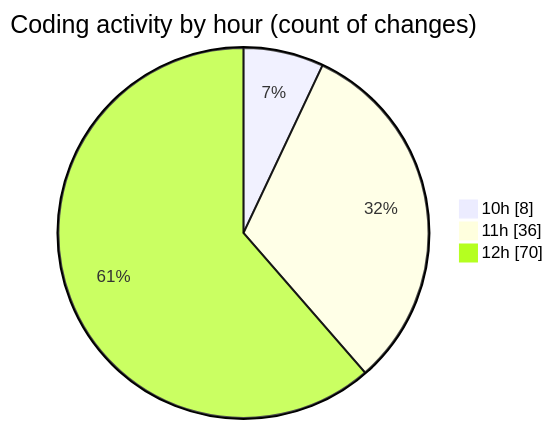
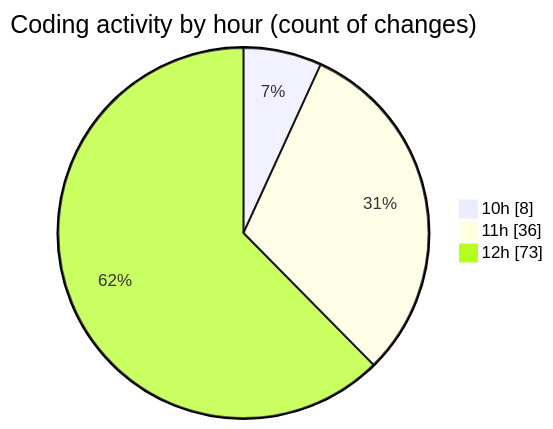
One commit to CELIANVF/code-tracking changed the second of 2 diagrams in 2025-05-16/python_app_deploy/README.md. Above: the diagram before and after it, drawn with Mermaid. The commit also changed other lines of this file and 1 other file, not shown here.

````diff
--- a/2025-05-16/python_app_deploy/README.md
+++ b/2025-05-16/python_app_deploy/README.md
@@ -53,7 +53,7 @@
 ```mermaid
 pie showData
 title Coding activity by hour (count of changes)
 "10h" : 8
 "11h" : 36
-"12h" : 70
+"12h" : 73
 ```
````
